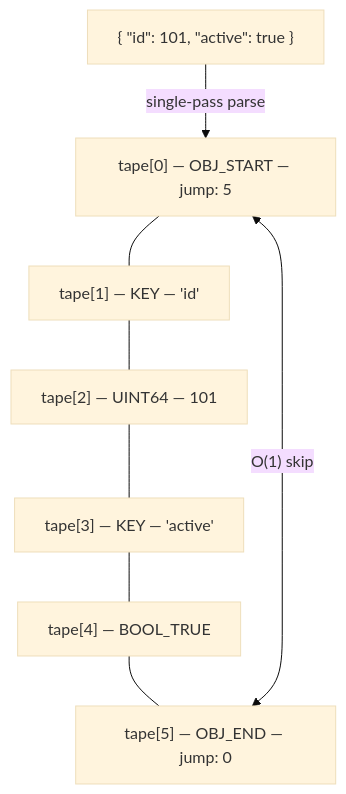
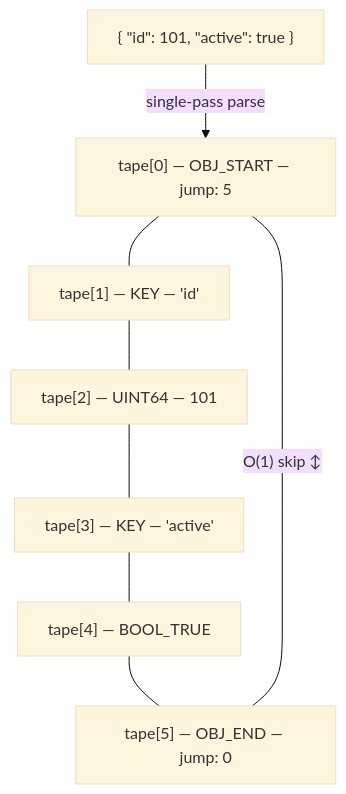
The second of 6 diagrams in docs/theory/architecture.md (the-lkb/beast-json), drawn with Mermaid (base theme) before and after one commit. The commit also changed other lines of this file and 2 other files, not shown here.

First line of the commit message:
fix: mobile hero overlap, mermaid clipping, and syntax errors

````diff
--- a/docs/theory/architecture.md
+++ b/docs/theory/architecture.md
@@ -52,15 +52,15 @@
 ```mermaid
 flowchart TB
     JSON["{ #quot;id#quot;: 101, #quot;active#quot;: true }"]
     JSON -->|"single-pass parse"| T0
 
     T0["tape[0] — OBJ_START — jump: 5"]
     T1["tape[1] — KEY — 'id'"]
     T2["tape[2] — UINT64 — 101"]
     T3["tape[3] — KEY — 'active'"]
     T4["tape[4] — BOOL_TRUE"]
     T5["tape[5] — OBJ_END — jump: 0"]
 
     T0 --- T1 --- T2 --- T3 --- T4 --- T5
-    T0 <-->|"O(1) skip"| T5
+    T0 ---|"O(1) skip ↕"| T5
 ```
````
